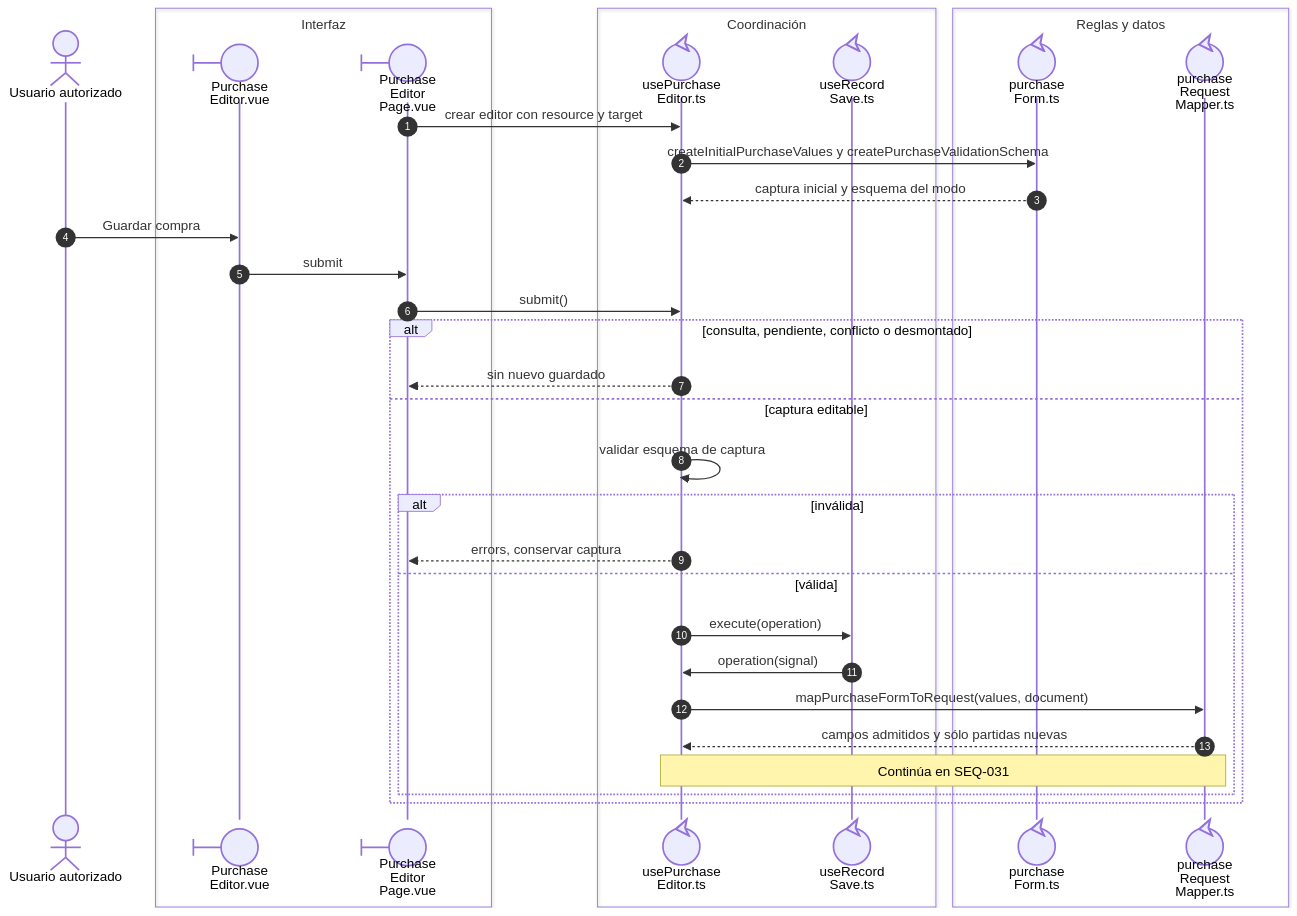
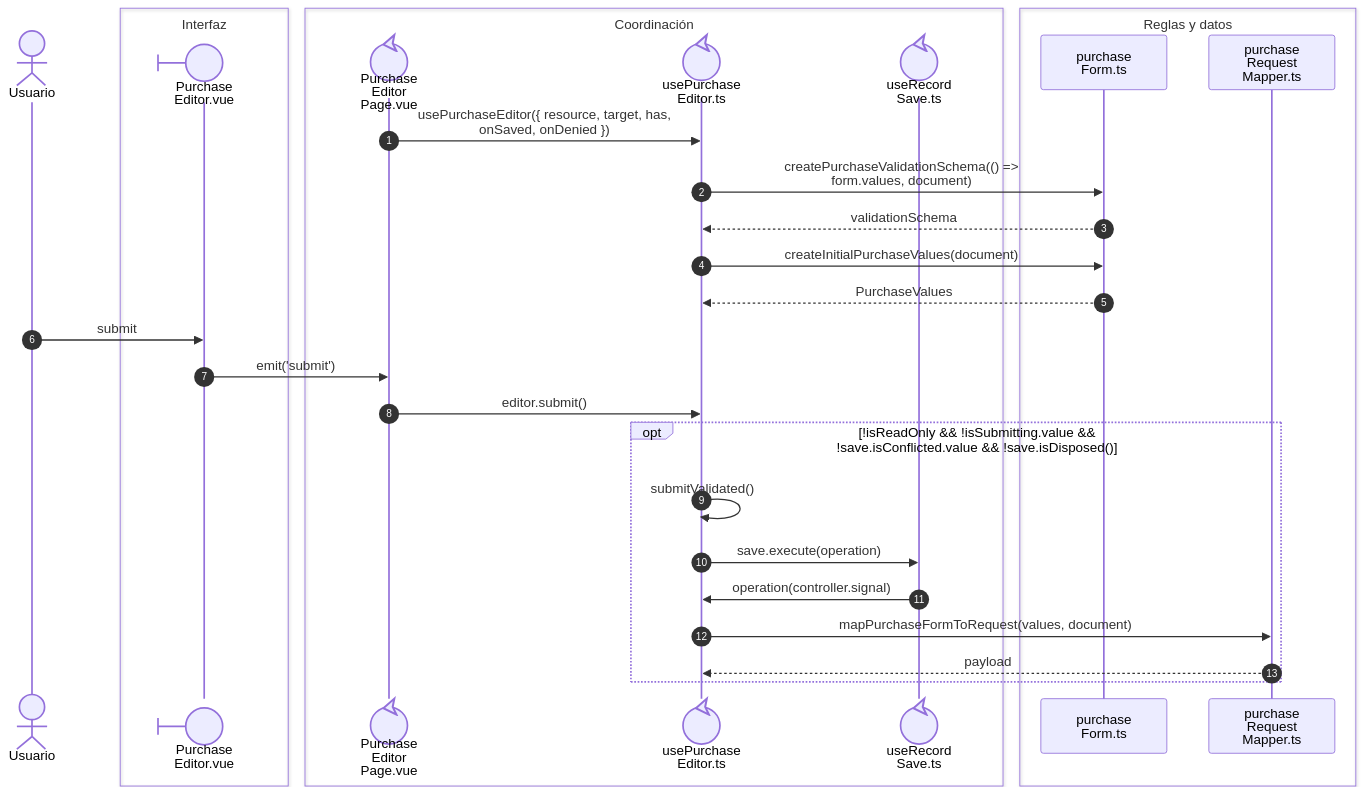
Before and after one commit to gpgsistemas01/nexus: the first of 3 diagrams in front/docs/architecture/views/processes/06-purchases/02-purchase-save.md, drawn with Mermaid. The commit also changed other lines of this file and 43 other files, not shown here.

````diff
--- a/front/docs/architecture/views/processes/06-purchases/02-purchase-save.md
+++ b/front/docs/architecture/views/processes/06-purchases/02-purchase-save.md
@@ -13,37 +9,32 @@
 ```mermaid
 sequenceDiagram
     autonumber
-    actor U as Usuario autorizado
+    actor U as Usuario
     box Interfaz
     participant Form@{ "type": "boundary" } as Purchase<br/>Editor.vue
-    participant Page@{ "type": "boundary" } as Purchase<br/>Editor<br/>Page.vue
     end
     box Coordinación
+    participant Page@{ "type": "control" } as Purchase<br/>Editor<br/>Page.vue
     participant Editor@{ "type": "control" } as usePurchase<br/>Editor.ts
     participant Save@{ "type": "control" } as useRecord<br/>Save.ts
     end
     box Reglas y datos
-    participant Schema@{ "type": "control" } as purchase<br/>Form.ts
-    participant Mapper@{ "type": "control" } as purchase<br/>Request<br/>Mapper.ts
+    participant Schema as purchase<br/>Form.ts
+    participant Mapper as purchase<br/>Request<br/>Mapper.ts
     end
-    Page->>Editor: crear editor con resource y target
-    Editor->>Schema: createInitialPurchaseValues y createPurchaseValidationSchema
-    Schema-->>Editor: captura inicial y esquema del modo
-    U->>Form: Guardar compra
-    Form->>Page: submit
-    Page->>Editor: submit()
-    alt consulta, pendiente, conflicto o desmontado
-        Editor-->>Page: sin nuevo guardado
-    else captura editable
-        Editor->>Editor: validar esquema de captura
-        alt inválida
-            Editor-->>Page: errors, conservar captura
-        else válida
-            Editor->>Save: execute(operation)
-            Save->>Editor: operation(signal)
-            Editor->>Mapper: mapPurchaseFormToRequest(values, document)
-            Mapper-->>Editor: campos admitidos y sólo partidas nuevas
-            Note over Editor,Mapper: Continúa en SEQ-031
-        end
+    Page->>Editor: nowrap: usePurchaseEditor({ resource, target, has,<br/>onSaved, onDenied })
+    Editor->>Schema: nowrap: createPurchaseValidationSchema(() =><br/>form.values, document)
+    Schema-->>Editor: nowrap: validationSchema
+    Editor->>Schema: nowrap: createInitialPurchaseValues(document)
+    Schema-->>Editor: nowrap: PurchaseValues
+    U->>Form: nowrap: submit
+    Form->>Page: nowrap: emit('submit')
+    Page->>Editor: nowrap: editor.submit()
+    opt nowrap: !isReadOnly && !isSubmitting.value &&<br/>!save.isConflicted.value && !save.isDisposed()
+        Editor->>Editor: nowrap: submitValidated()
+        Editor->>Save: nowrap: save.execute(operation)
+        Save->>Editor: nowrap: operation(controller.signal)
+        Editor->>Mapper: nowrap: mapPurchaseFormToRequest(values, document)
+        Mapper-->>Editor: nowrap: payload
     end
 ```
````
